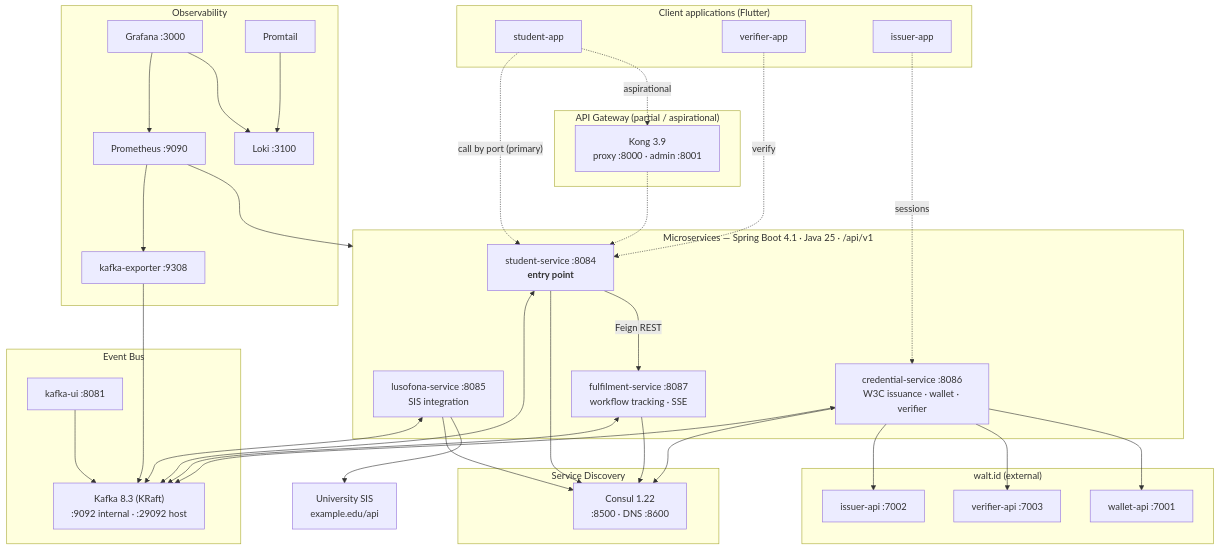
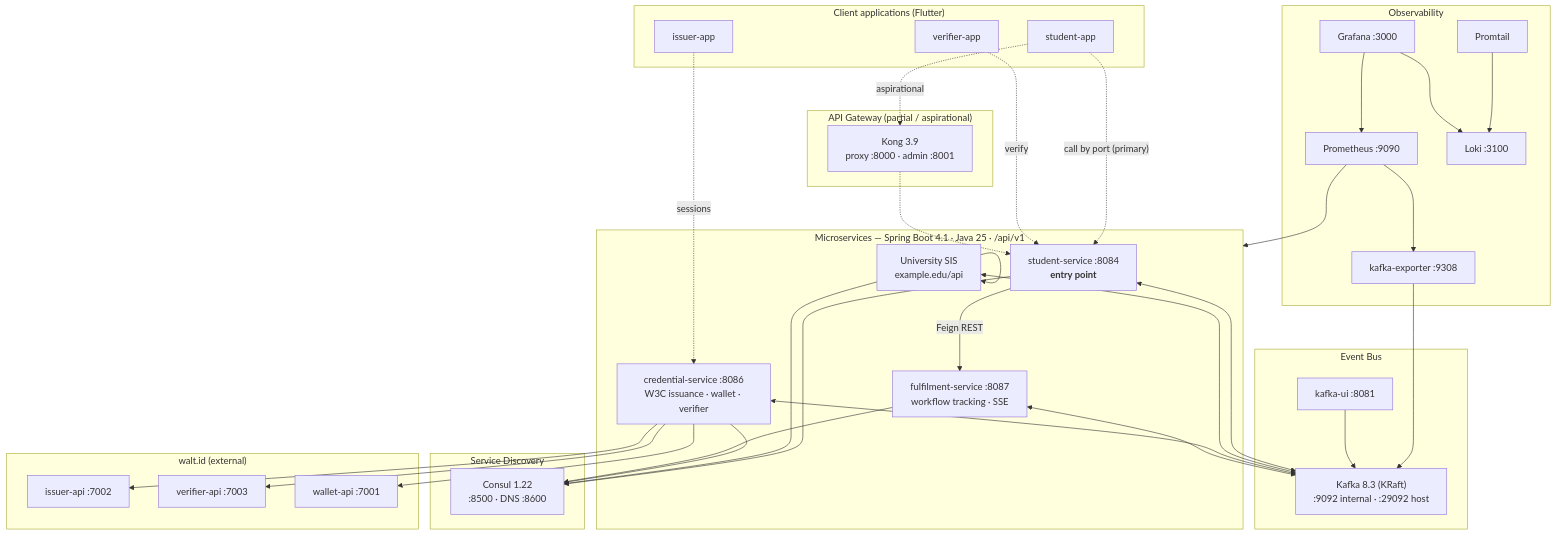
Before and after one commit to marcelogdomingues/ulht-dcs-public: the second of 16 diagrams in docs/ARCHITECTURE.md, drawn with Mermaid. The commit also changed other lines of this file and 600 other files, not shown here.

````diff
--- a/docs/ARCHITECTURE.md
+++ b/docs/ARCHITECTURE.md
@@ -53,75 +53,75 @@
 ```mermaid
 graph TB
     subgraph clients["Client applications (Flutter)"]
         smob["student-app"]
         vmob["verifier-app"]
         imob["issuer-app"]
     end
 
     subgraph gateway["API Gateway (partial / aspirational)"]
         kong["Kong 3.9<br/>proxy :8000 · admin :8001"]
     end
 
     subgraph services["Microservices — Spring Boot 4.1 · Java 25 · /api/v1"]
         student["student-service :8084<br/><b>entry point</b>"]
-        lusofona["lusofona-service :8085<br/>SIS integration"]
+        sis["sis-service :8085<br/>SIS integration"]
         credential["credential-service :8086<br/>W3C issuance · wallet · verifier"]
         fulfilment["fulfilment-service :8087<br/>workflow tracking · SSE"]
     end
 
     subgraph bus["Event Bus"]
         kafka["Kafka 8.3 (KRaft)<br/>:9092 internal · :29092 host"]
         kafkaui["kafka-ui :8081"]
     end
 
     subgraph disc["Service Discovery"]
         consul["Consul 1.22<br/>:8500 · DNS :8600"]
     end
 
     subgraph waltid["walt.id (external)"]
         issuer["issuer-api :7002"]
         verifier["verifier-api :7003"]
         wallet["wallet-api :7001"]
     end
 
     subgraph obs["Observability"]
         prom["Prometheus :9090"]
         grafana["Grafana :3000"]
         loki["Loki :3100"]
         promtail["Promtail"]
         kexp["kafka-exporter :9308"]
     end
 
     sis["University SIS<br/>example.edu/api"]
 
     smob -. "call by port (primary)" .-> student
     vmob -. verify .-> student
     imob -. sessions .-> credential
     smob -. aspirational .-> kong
     kong -.-> student
 
     student <--> kafka
-    lusofona <--> kafka
+    sis <--> kafka
     credential <--> kafka
     fulfilment <--> kafka
 
     student --> consul
-    lusofona --> consul
+    sis --> consul
     credential --> consul
     fulfilment --> consul
 
-    lusofona --> sis
+    sis --> sis
     credential --> issuer
     credential --> verifier
     credential --> wallet
 
     student -->|Feign REST| fulfilment
 
     prom --> services
     kexp --> kafka
     prom --> kexp
     promtail --> loki
     grafana --> prom
     grafana --> loki
     kafkaui --> kafka
 ```
````
